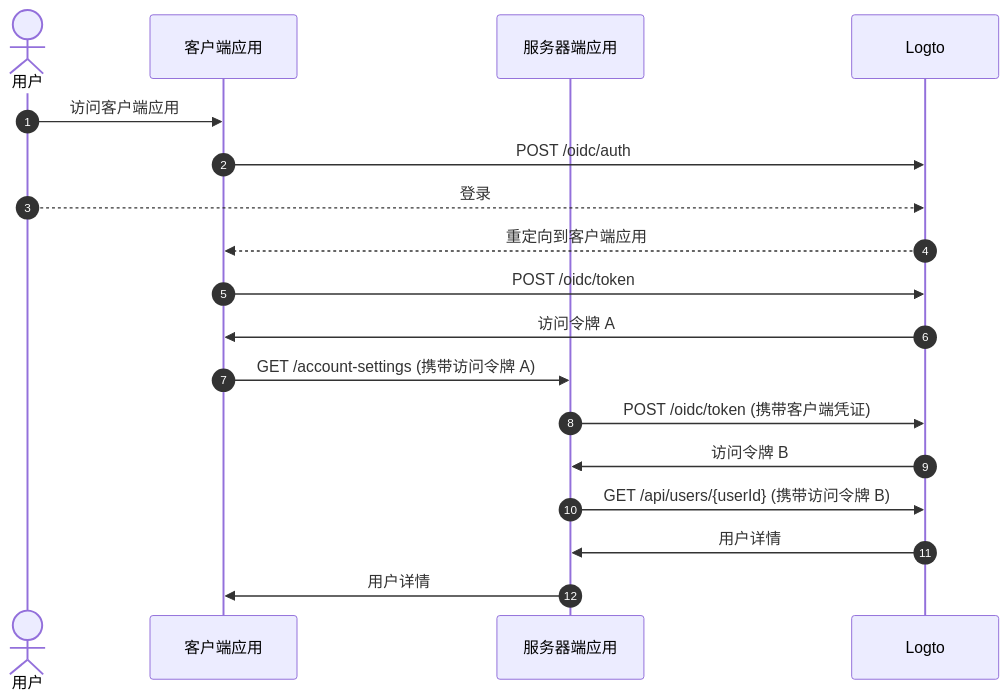
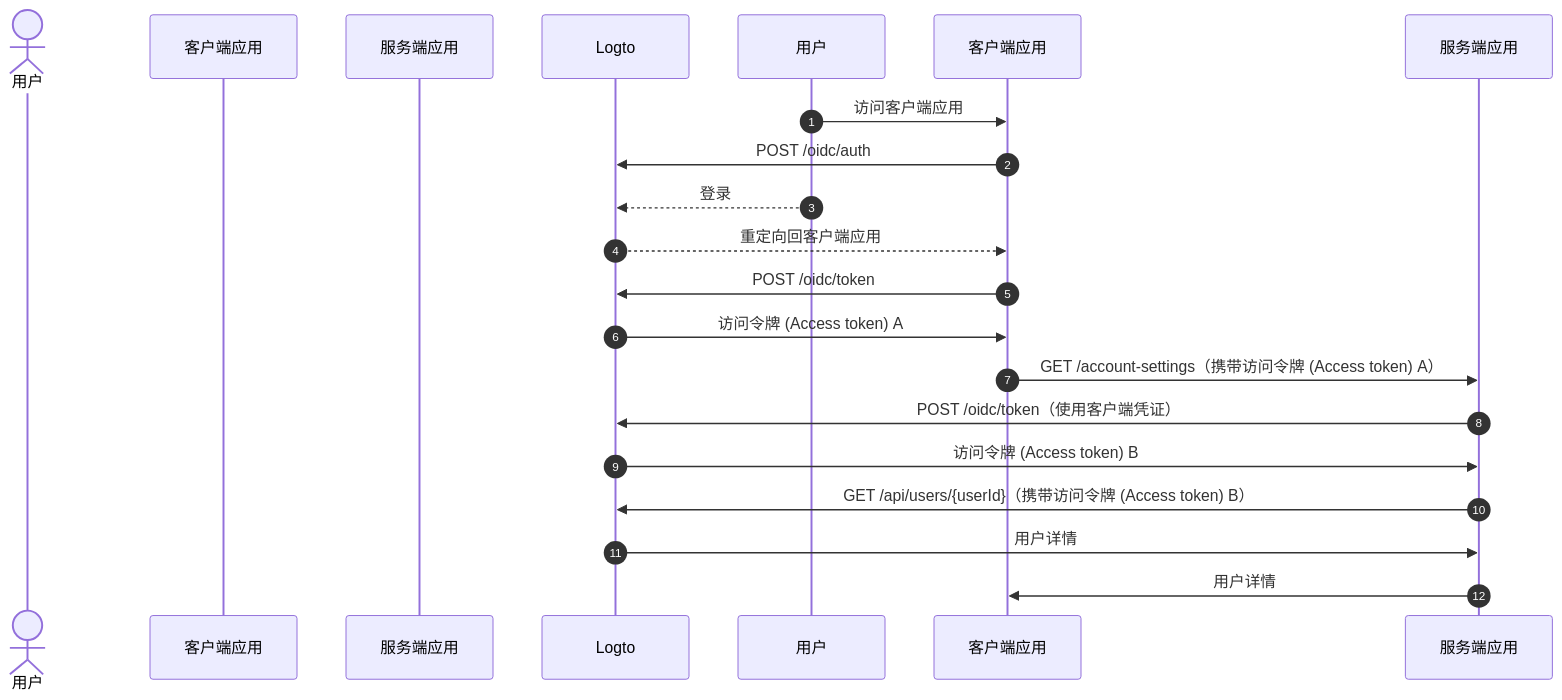
One commit to logto-io/docs changed the second of 3 diagrams in i18n/zh-CN/docusaurus-plugin-content-docs/current/end-user-flows/account-settings/by-management-api.mdx. Above: the diagram before and after it, drawn with Mermaid. The commit also changed other lines of this file and 137 other files, not shown here.

````diff
--- a/i18n/zh-CN/docusaurus-plugin-content-docs/current/end-user-flows/account-settings/by-management-api.mdx
+++ b/i18n/zh-CN/docusaurus-plugin-content-docs/current/end-user-flows/account-settings/by-management-api.mdx
@@ -27,21 +27,21 @@
 ```mermaid
   sequenceDiagram
     autonumber
     actor User as 用户
     participant Client as 客户端应用
-    participant Server as 服务器端应用
+    participant Server as 服务端应用
     participant Logto as Logto
 
-    User ->> Client: 访问客户端应用
-    Client ->> Logto: POST /oidc/auth
-    User -->> Logto: 登录
-    Logto -->> Client: 重定向到客户端应用
-    Client ->> Logto: POST /oidc/token
-    Logto ->> Client: 访问令牌 A
-    Client ->> Server: GET /account-settings (携带访问令牌 A)
-    Server ->> Logto: POST /oidc/token (携带客户端凭证)
-    Logto ->> Server: 访问令牌 B
-    Server ->> Logto: GET /api/users/{userId} (携带访问令牌 B)
-    Logto ->> Server: 用户详情
-    Server ->> Client: 用户详情
+    用户 ->> 客户端应用: 访问客户端应用
+    客户端应用 ->> Logto: POST /oidc/auth
+    用户 -->> Logto: 登录
+    Logto -->> 客户端应用: 重定向回客户端应用
+    客户端应用 ->> Logto: POST /oidc/token
+    Logto ->> 客户端应用: 访问令牌 (Access token) A
+    客户端应用 ->> 服务端应用: GET /account-settings（携带访问令牌 (Access token) A）
+    服务端应用 ->> Logto: POST /oidc/token（使用客户端凭证）
+    Logto ->> 服务端应用: 访问令牌 (Access token) B
+    服务端应用 ->> Logto: GET /api/users/{userId}（携带访问令牌 (Access token) B）
+    Logto ->> 服务端应用: 用户详情
+    服务端应用 ->> 客户端应用: 用户详情
 ```
````
